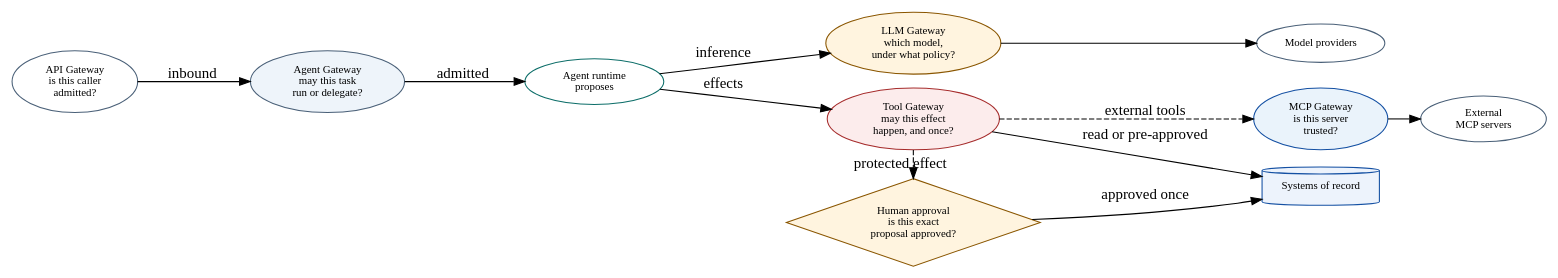
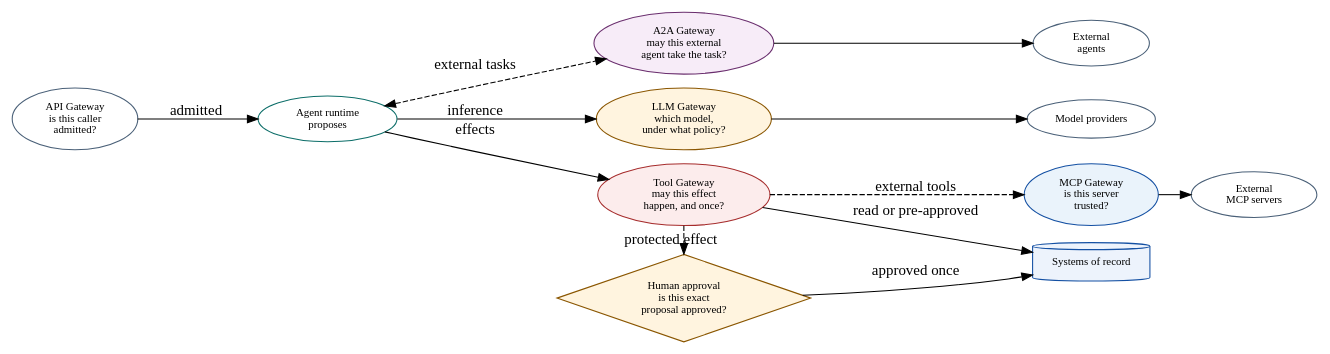
Before and after one commit to rrahimi-uci/building-enterprise-general-intelligence: the diagram in assets/diagrams/src/gateway-roles.gv, drawn with Graphviz. The commit also changed 37 other files, not shown here.

```diff
--- a/assets/diagrams/src/gateway-roles.gv
+++ b/assets/diagrams/src/gateway-roles.gv
@@ -1,31 +1,33 @@
 // Figure 1-4 — Control points and the questions they answer.
 // Message: these are not alternatives and none replaces another. An MCP tool
 // call still passes the Tool Gateway, because MCP does not decide authority.
 digraph gateway_roles {
   rankdir = LR
   graph [ranksep=0.42, nodesep=0.18]
   node [width=1.52, fontsize=10.2]
 
   agent [label="Agent runtime\nproposes", fillcolor="#E7F5F3", color="#0D6E69"]
   api [label="API Gateway\nis this caller\nadmitted?", fillcolor="#EEF4FA", color="#4A6078"]
-  task [label="Agent Gateway\nmay this task\nrun or delegate?", fillcolor="#EEF4FA", color="#4A6078", style=filled]
+  a2a [label="A2A Gateway\nmay this external\nagent take the task?", fillcolor="#F7ECF8", color="#6A2E6E", style=filled]
   llm [label="LLM Gateway\nwhich model,\nunder what policy?", fillcolor="#FFF4DF", color="#8A5600", style=filled]
   tool [label="Tool Gateway\nmay this effect\nhappen, and once?", fillcolor="#FCECEC", color="#A62C2C", style=filled]
   mcp [label="MCP Gateway\nis this server\ntrusted?", fillcolor="#EAF3FB", color="#1450A3", style=filled]
   approval [label="Human approval\nis this exact\nproposal approved?", fillcolor="#FFF4DF", color="#8A5600", shape=diamond, style=filled]
   prov [label="Model providers", fillcolor="#EEF4FA", color="#4A6078"]
   ext [label="External\nMCP servers", fillcolor="#EEF4FA", color="#4A6078"]
+  peers [label="External\nagents", fillcolor="#EEF4FA", color="#4A6078"]
   sys [label="Systems of record", fillcolor="#EDF3FC", color="#1450A3", shape=cylinder, style=filled]
 
-  api -> task [label="  inbound  "]
-  task -> agent [label="  admitted  "]
+  api -> agent [label="  admitted  "]
   agent -> llm [label="  inference  "]
   agent -> tool [label="  effects  "]
   llm -> prov
   tool -> sys [label="  read or pre-approved  "]
   tool -> approval [label="  protected effect  ", style=dashed]
   approval -> sys [label="  approved once  "]
   tool -> mcp [label="  external tools  ", style=dashed]
   mcp -> ext
+  agent -> a2a [label="  external tasks  ", style=dashed, dir=both]
+  a2a -> peers
   { rank=same; llm; tool; approval }
 }
```
